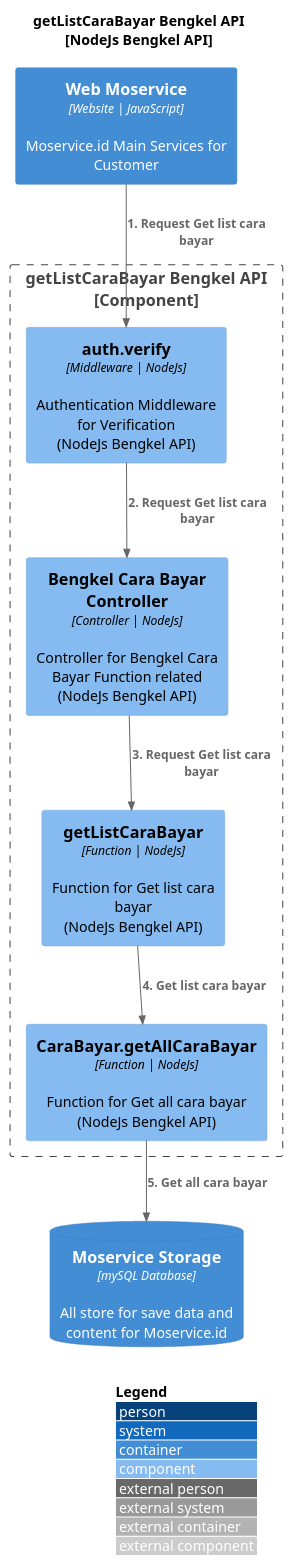
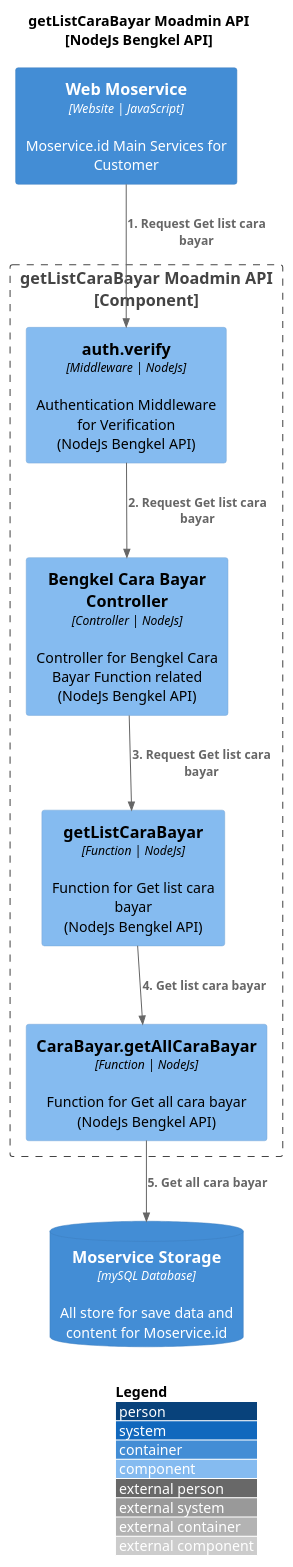
The diagram in [NodeJs]-bengkel/get-list-cara-bayar-moadmin.puml (JoshAndreas/Project-C4-Diagram), drawn with PlantUML before and after one commit. The commit also changed 189 other files, not shown here.

Commit message:
Add New C4 Diagram File NodeJs-Bengkel

```diff
--- a/[NodeJs]-bengkel/get-list-cara-bayar-moadmin.puml
+++ b/[NodeJs]-bengkel/get-list-cara-bayar-moadmin.puml
@@ -1,24 +1,24 @@
 @startuml
 !include https://raw.githubusercontent.com/plantuml-stdlib/C4-PlantUML/master/C4_Component.puml
 
 LAYOUT_WITH_LEGEND()
-title getListCaraBayar Bengkel API\n[NodeJs Bengkel API]
+title getListCaraBayar Moadmin API\n[NodeJs Bengkel API]
 
 Container(Web_Moservice, "Web Moservice", "Website | JavaScript", "Moservice.id Main Services for Customer")
-Boundary(api, "getListCaraBayar Bengkel API\n[Component]"){
+Boundary(api, "getListCaraBayar Moadmin API\n[Component]"){
     Component(auth_middleware, "auth.verify", "Middleware | NodeJs", "Authentication Middleware for Verification\n(NodeJs Bengkel API)")
     Component(bengkel, "Bengkel Cara Bayar Controller", "Controller | NodeJs", "Controller for Bengkel Cara Bayar Function related\n(NodeJs Bengkel API)")
 
     Component(getListCaraBayar, "getListCaraBayar", "Function | NodeJs", "Function for Get list cara bayar\n(NodeJs Bengkel API)")
     Component(getAllCaraBayar, "CaraBayar.getAllCaraBayar", "Function | NodeJs", "Function for Get all cara bayar\n(NodeJs Bengkel API)")
 
 }
 ContainerDb(database, "Moservice Storage", "mySQL Database", "All store for save data and content for Moservice.id")
 
 Rel(Web_Moservice, auth_middleware, "1. Request Get list cara bayar")
 Rel(auth_middleware, bengkel, "2. Request Get list cara bayar")
 Rel(bengkel, getListCaraBayar, "3. Request Get list cara bayar")
 Rel(getListCaraBayar, getAllCaraBayar, "4. Get list cara bayar")
 Rel(getAllCaraBayar, database, "5. Get all cara bayar")
 
 @enduml
```
